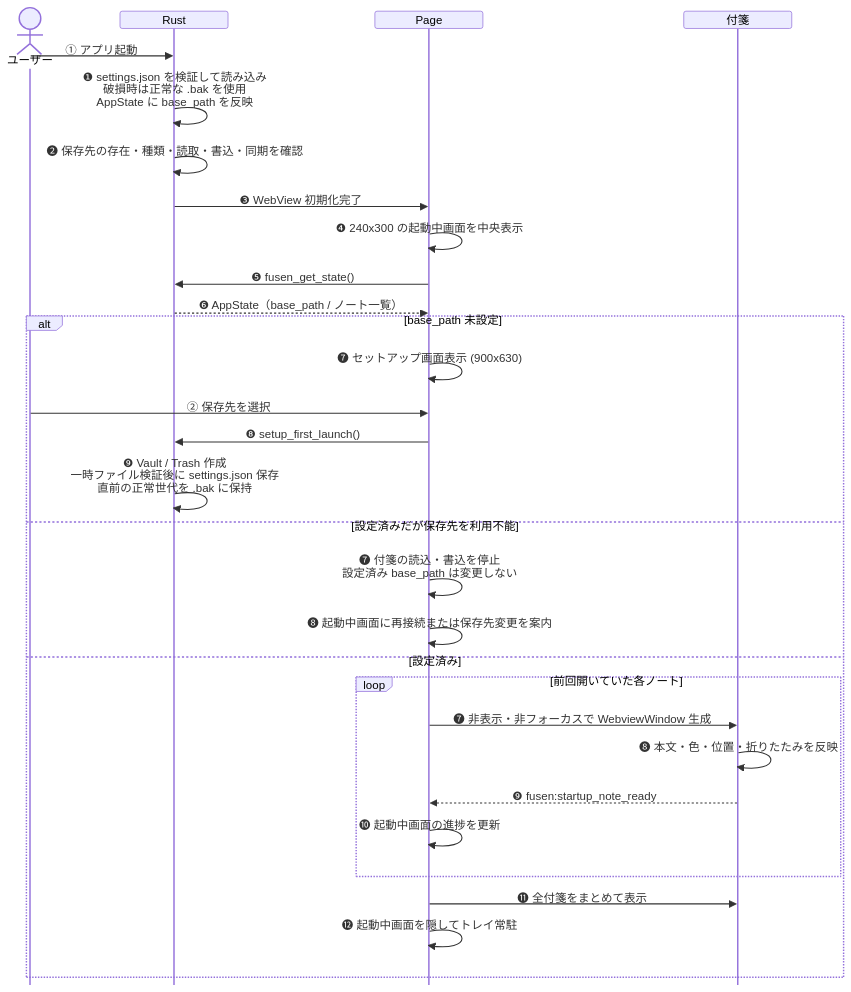
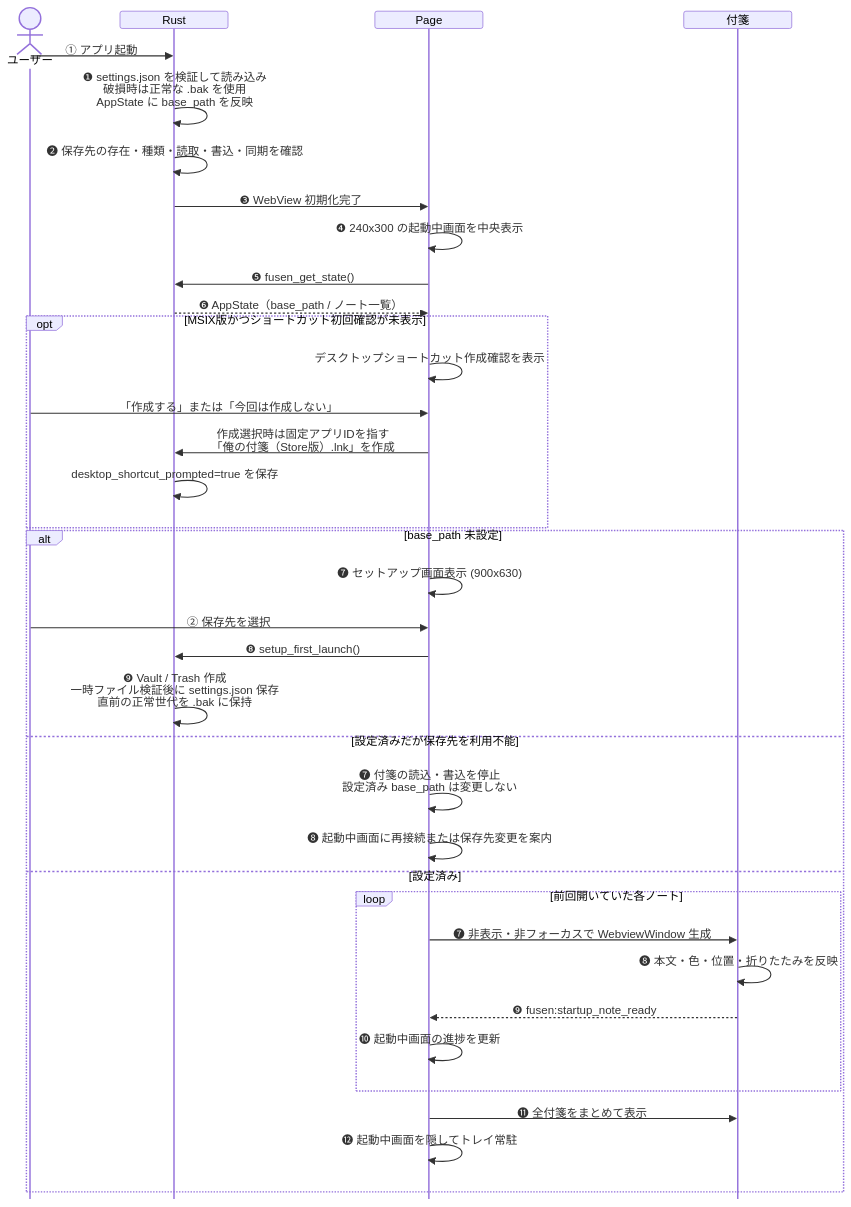
The fifth of 16 diagrams in docs-v2/002_PC.md (ore-no-fusen/ore-no-fusen), drawn with Mermaid before and after one commit. The commit also changed other lines of this file and 14 other files, not shown here.

Commit message:
feat(msix): add Store desktop shortcut onboarding

````diff
--- a/docs-v2/002_PC.md
+++ b/docs-v2/002_PC.md
@@ -434,35 +435,42 @@
 ```mermaid
 %%{init: {'sequence': {'messageMargin': 8, 'mirrorActors': false, 'height': 24, 'boxMargin': 4, 'noteMargin': 6}}}%%
 sequenceDiagram
     actor U as ユーザー
     participant R as Rust
     participant P as Page
     participant W as 付箋
 
     U->>R: ① アプリ起動
     R->>R: ❶ settings.json を検証して読み込み<br>破損時は正常な .bak を使用<br>AppState に base_path を反映
     R->>R: ❷ 保存先の存在・種類・読取・書込・同期を確認
     R->>P: ❸ WebView 初期化完了
     P->>P: ❹ 240x300 の起動中画面を中央表示
     P->>R: ❺ fusen_get_state()
     R-->>P: ❻ AppState（base_path / ノート一覧）
+
+    opt MSIX版かつショートカット初回確認が未表示
+        P->>P: デスクトップショートカット作成確認を表示
+        U->>P: 「作成する」または「今回は作成しない」
+        P->>R: 作成選択時は固定アプリIDを指す<br>「俺の付箋（Store版）.lnk」を作成
+        R->>R: desktop_shortcut_prompted=true を保存
+    end
 
     alt base_path 未設定
         P->>P: ❼ セットアップ画面表示 (900x630)
         U->>P: ② 保存先を選択
         P->>R: ❽ setup_first_launch()
         R->>R: ❾ Vault / Trash 作成<br>一時ファイル検証後に settings.json 保存<br>直前の正常世代を .bak に保持
     else 設定済みだが保存先を利用不能
         P->>P: ❼ 付箋の読込・書込を停止<br>設定済み base_path は変更しない
         P->>P: ❽ 起動中画面に再接続または保存先変更を案内
     else 設定済み
         loop 前回開いていた各ノート
             P->>W: ❼ 非表示・非フォーカスで WebviewWindow 生成
             W->>W: ❽ 本文・色・位置・折りたたみを反映
             W-->>P: ❾ fusen:startup_note_ready
             P->>P: ❿ 起動中画面の進捗を更新
         end
         P->>W: ⓫ 全付箋をまとめて表示
         P->>P: ⓬ 起動中画面を隠してトレイ常駐
     end
 ```
````
